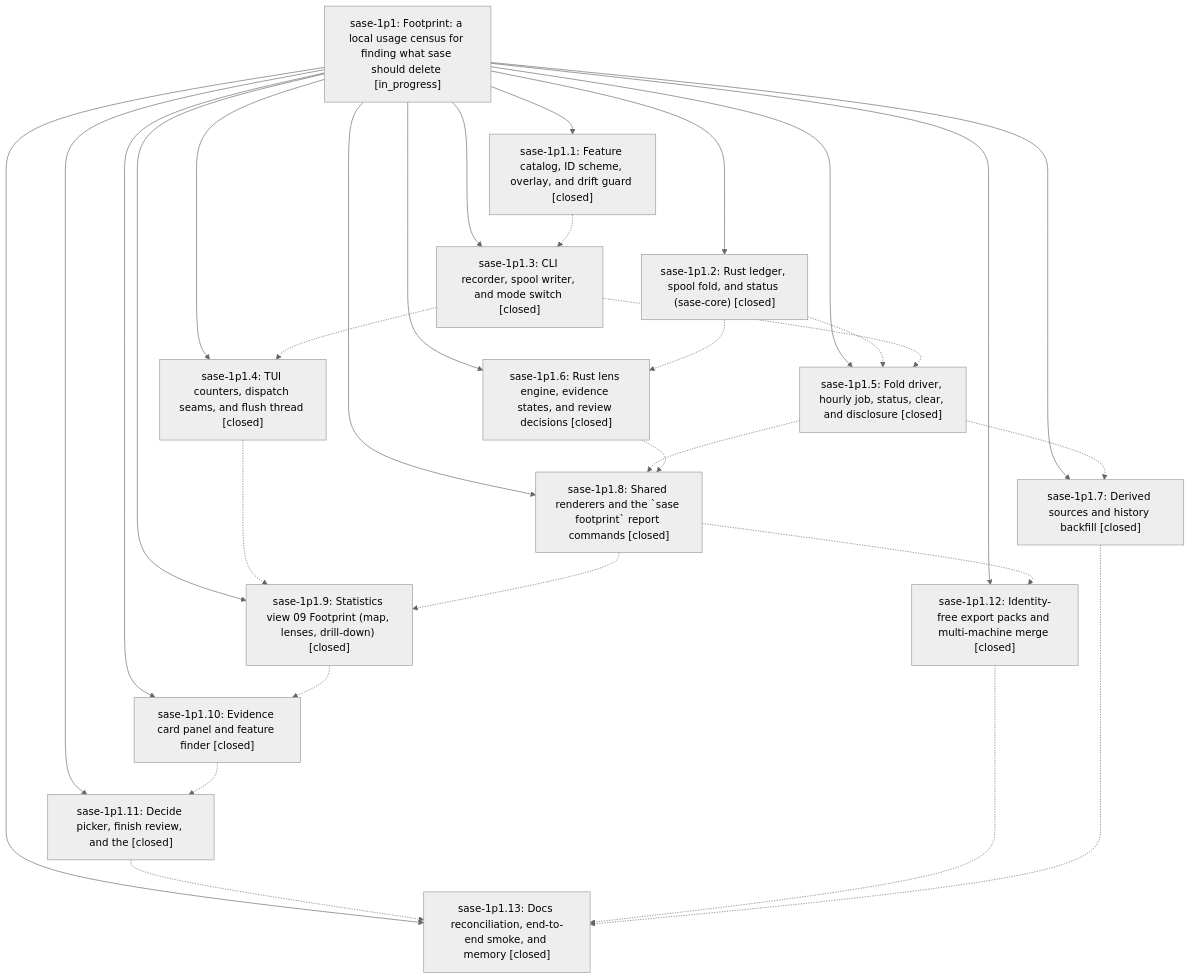
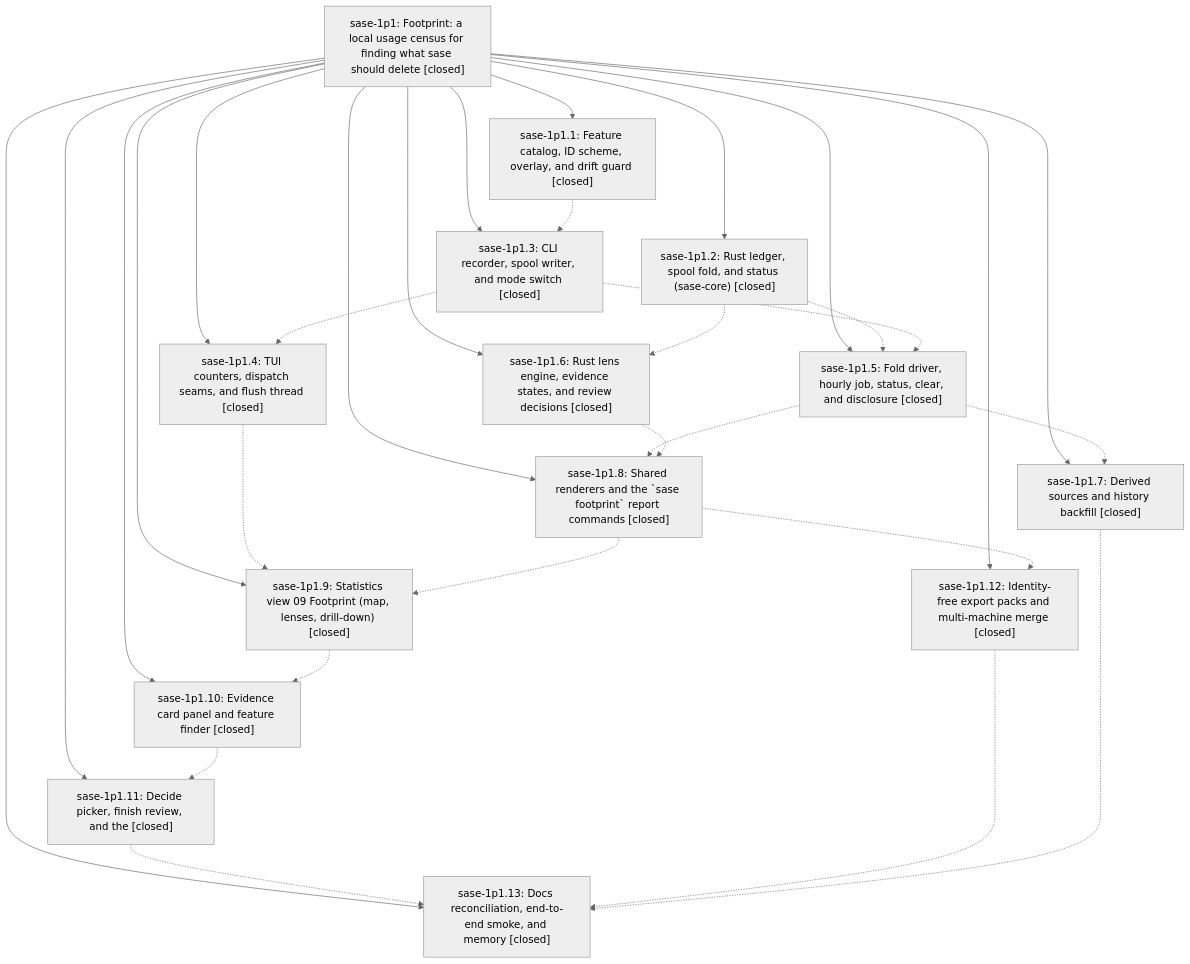
The diagram in pages/sase-1p1/README.md (sase-org/sase--beads), drawn with Mermaid (neutral theme) before and after one commit. The commit also changed other lines of this file and 2 other files, not shown here.

First line of the commit message:
chore(beads): sync bead state and pages for sase-1p1

````diff
--- a/pages/sase-1p1/README.md
+++ b/pages/sase-1p1/README.md
@@ -59,46 +91,46 @@
 ```mermaid
 flowchart TD
-    n0["sase-1p1: Footprint: a local usage census for finding what sase should delete [in_progress]"]
+    n0["sase-1p1: Footprint: a local usage census for finding what sase should delete [closed]"]
     n1["sase-1p1.1: Feature catalog, ID scheme, overlay, and drift guard [closed]"]
     n2["sase-1p1.10: Evidence card panel and feature finder [closed]"]
     n3["sase-1p1.11: Decide picker, finish review, and the [closed]"]
     n4["sase-1p1.12: Identity-free export packs and multi-machine merge [closed]"]
     n5["sase-1p1.13: Docs reconciliation, end-to-end smoke, and memory [closed]"]
     n6["sase-1p1.2: Rust ledger, spool fold, and status (sase-core) [closed]"]
     n7["sase-1p1.3: CLI recorder, spool writer, and mode switch [closed]"]
     n8["sase-1p1.4: TUI counters, dispatch seams, and flush thread [closed]"]
     n9["sase-1p1.5: Fold driver, hourly job, status, clear, and disclosure [closed]"]
     n10["sase-1p1.6: Rust lens engine, evidence states, and review decisions [closed]"]
     n11["sase-1p1.7: Derived sources and history backfill [closed]"]
     n12["sase-1p1.8: Shared renderers and the `sase footprint` report commands [closed]"]
     n13["sase-1p1.9: Statistics view 09 Footprint (map, lenses, drill-down) [closed]"]
     n0 --> n1
     n0 --> n2
     n0 --> n3
     n0 --> n4
     n0 --> n5
     n0 --> n6
     n0 --> n7
     n0 --> n8
     n0 --> n9
     n0 --> n10
     n0 --> n11
     n0 --> n12
     n0 --> n13
     n1 -.-> n7
     n2 -.-> n3
     n3 -.-> n5
     n4 -.-> n5
     n6 -.-> n9
     n6 -.-> n10
     n7 -.-> n8
     n7 -.-> n9
     n8 -.-> n13
     n9 -.-> n11
     n9 -.-> n12
     n10 -.-> n12
     n11 -.-> n5
     n12 -.-> n4
     n12 -.-> n13
     n13 -.-> n2
 ```
````
